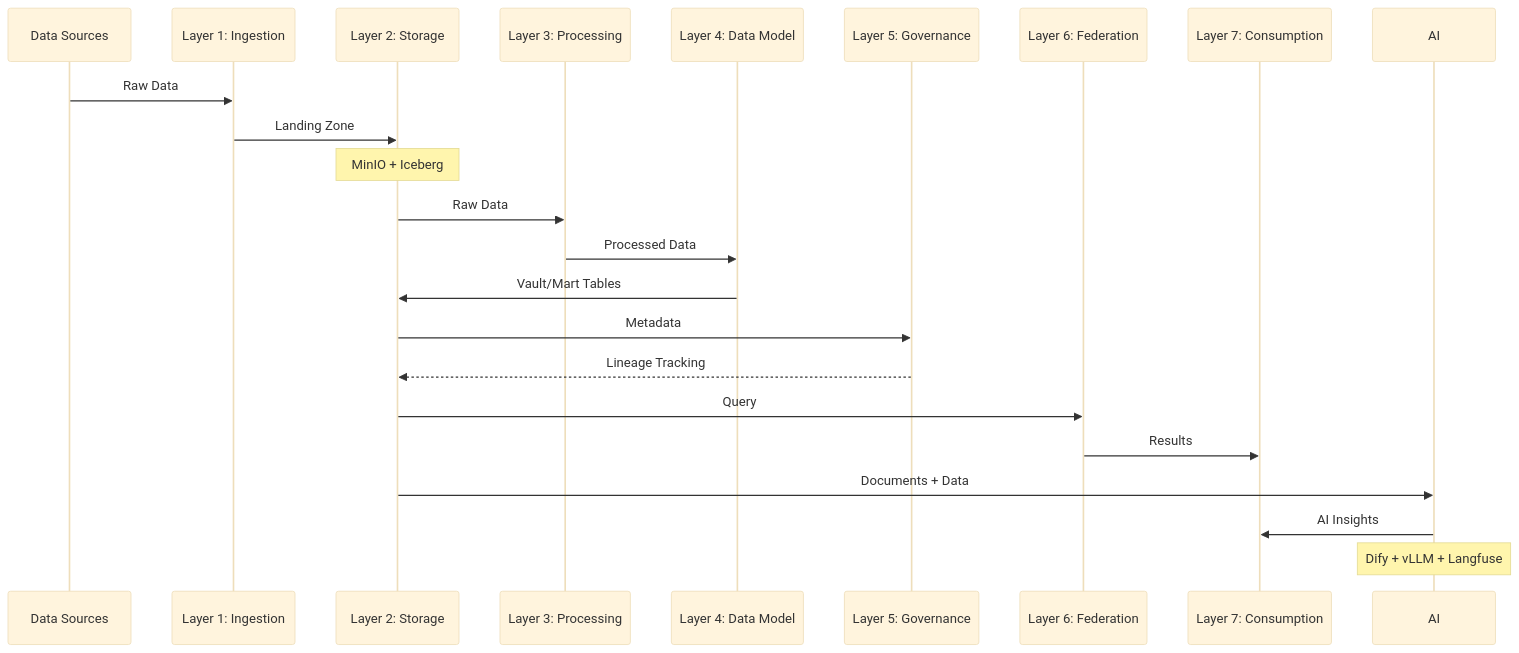
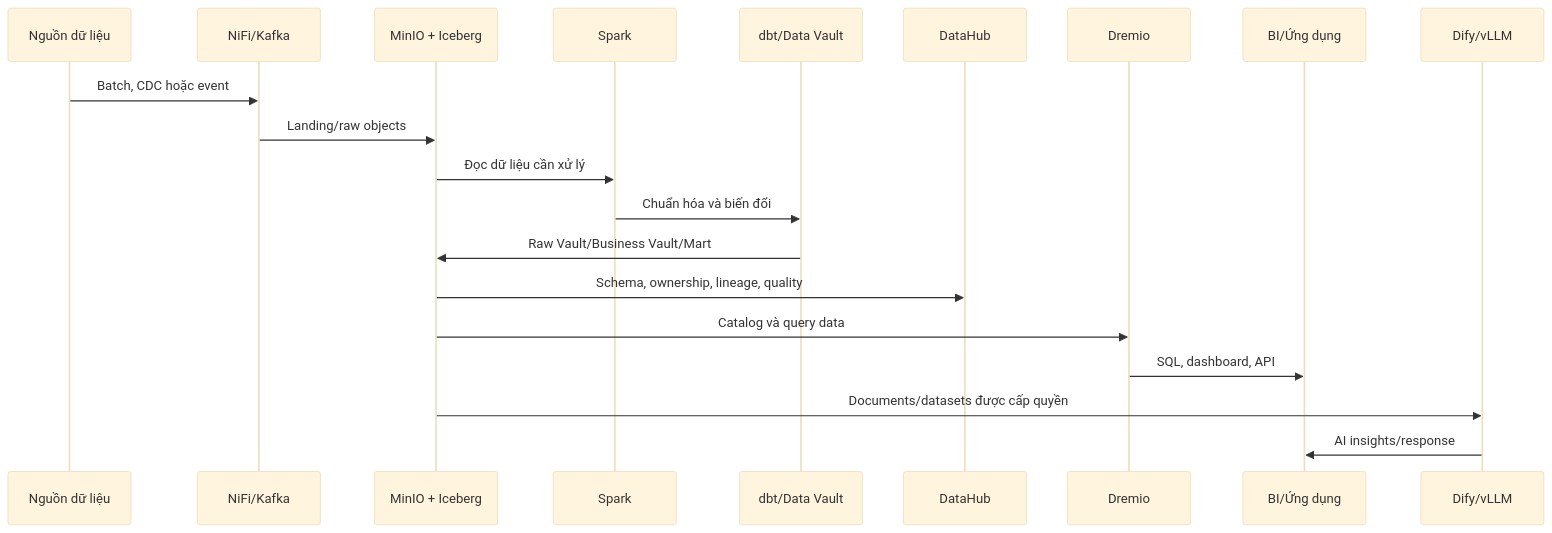
Before and after one commit to trangtoan293/hanas-doc: the second of 2 diagrams in website/docs/00-overview/architecture.md, drawn with Mermaid (base theme). The commit also changed other lines of this file and 133 other files, not shown here.

````diff
--- a/website/docs/00-overview/architecture.md
+++ b/website/docs/00-overview/architecture.md
@@ -65,29 +120,23 @@
 ```mermaid
 sequenceDiagram
-    participant Source as Data Sources
-    participant L1 as Layer 1: Ingestion
-    participant L2 as Layer 2: Storage
-    participant L3 as Layer 3: Processing
-    participant L4 as Layer 4: Data Model
-    participant L5 as Layer 5: Governance
-    participant L6 as Layer 6: Federation
-    participant L7 as Layer 7: Consumption
-    
-    Source->>L1: Raw Data
-    L1->>L2: Landing Zone
-    Note over L2: MinIO + Iceberg
-    
-    L2->>L3: Raw Data
-    L3->>L4: Processed Data
-    L4->>L2: Vault/Mart Tables
-    
-    L2->>L5: Metadata
-    L5-->>L2: Lineage Tracking
-    
-    L2->>L6: Query
-    L6->>L7: Results
-    
-    L2->>AI: Documents + Data
-    AI->>L7: AI Insights
-    Note over AI: Dify + vLLM + Langfuse
+    participant Source as Nguồn dữ liệu
+    participant Ingestion as NiFi/Kafka
+    participant Lake as MinIO + Iceberg
+    participant Compute as Spark
+    participant Model as dbt/Data Vault
+    participant Governance as DataHub
+    participant Query as Dremio
+    participant Consumer as BI/Ứng dụng
+    participant AI as Dify/vLLM
+
+    Source->>Ingestion: Batch, CDC hoặc event
+    Ingestion->>Lake: Landing/raw objects
+    Lake->>Compute: Đọc dữ liệu cần xử lý
+    Compute->>Model: Chuẩn hóa và biến đổi
+    Model->>Lake: Raw Vault/Business Vault/Mart
+    Lake->>Governance: Schema, ownership, lineage, quality
+    Lake->>Query: Catalog và query data
+    Query->>Consumer: SQL, dashboard, API
+    Lake->>AI: Documents/datasets được cấp quyền
+    AI->>Consumer: AI insights/response
 ```
````
